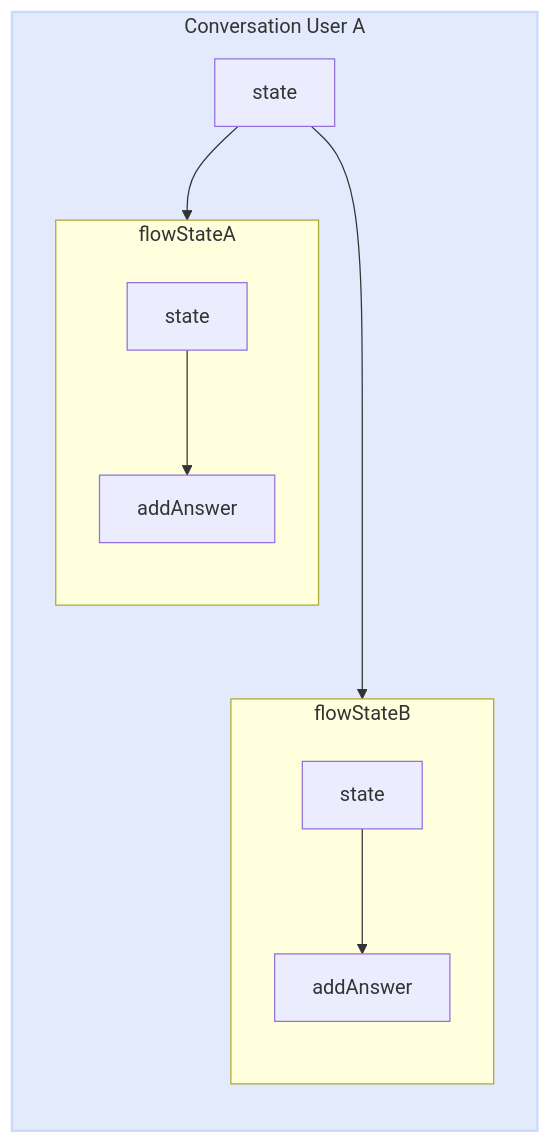
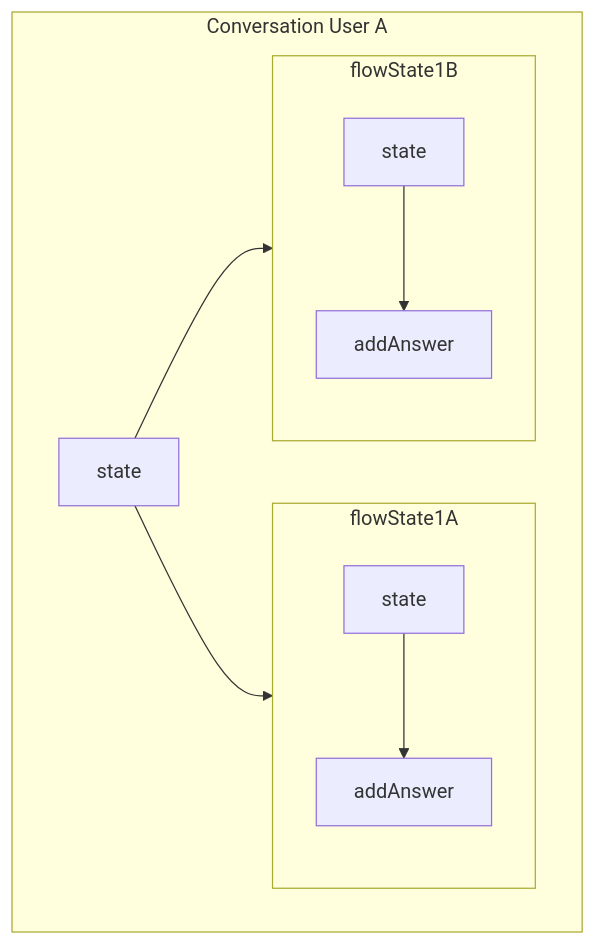
The first of 4 diagrams in src/pages/en/methods/index.mdx (codigoencasa/documentation), drawn with Mermaid before and after one commit. The commit also changed other lines of this file and 51 other files, not shown here.

````diff
--- a/src/pages/en/methods/index.mdx
+++ b/src/pages/en/methods/index.mdx
@@ -88,22 +88,17 @@
 ```mermaid
 flowchart LR
-    subgraph subState1[Conversation User A]
-      style subState1 fill:#e2eafc,stroke:#ccdbfd,stroke-width:2px
-      subgraph flowStateA
-          direction TB
-          topState1[state] --> bottom1[addAnswer]
-      end
-      subgraph flowStateB
-          direction TB
-          topState2[state] --> bottom2[addAnswer]
-      end
-      %% ^ These subgraphs are identical, except for the links to them:
-
-      %% Link *to* flowStateA: flowStateA direction is maintained
-      state --> flowStateA
-      %% Link *within* flowStateB:
-      %% flowStateB inherits the direction of the top-level graph (LR)
-      state ---> topState2
+    subgraph conv1[Conversation User A]
+        direction LR
+        state1[state]
+        subgraph flowState1A
+            direction TB
+            s1a[state] --> a1a[addAnswer]
+        end
+        subgraph flowState1B
+            direction TB
+            s1b[state] --> a1b[addAnswer]
+        end
+        state1 --> flowState1A
+        state1 --> flowState1B
     end
-
 ```
````
